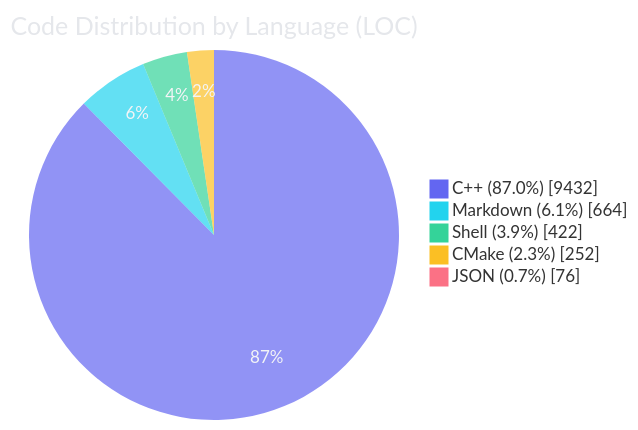
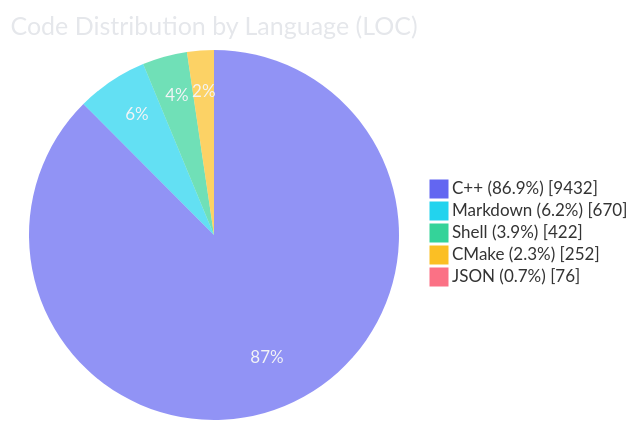
Before and after one commit to sublimit1736/term4k_sub: the diagram in README.md, drawn with Mermaid. The commit also changed other lines of this file and 3 other files, not shown here.

````diff
--- a/README.md
+++ b/README.md
@@ -48,10 +48,10 @@
 ```mermaid
 %%{init: {'theme': 'base', 'themeVariables': {'fontFamily': 'Fira Code, JetBrains Mono, Source Code Pro, Cascadia Code, Menlo, Consolas, monospace', 'pieTitleTextColor': '#e5e7eb', 'pieSectionTextColor': '#f3f4f6', 'pieOuterStrokeColor': 'transparent', 'pieOuterStrokeWidth': '0px', 'pieStrokeColor': 'transparent', 'pieStrokeWidth': '0px', 'pie1': '#6366f1', 'pie2': '#22d3ee', 'pie3': '#34d399', 'pie4': '#fbbf24', 'pie5': '#fb7185', 'pie6': '#a78bfa'}}}%%
 pie showData
     title Code Distribution by Language (LOC)
-    "C++ (87.0%)" : 9432
-    "Markdown (6.1%)" : 664
+    "C++ (86.9%)" : 9432
+    "Markdown (6.2%)" : 670
     "Shell (3.9%)" : 422
     "CMake (2.3%)" : 252
     "JSON (0.7%)" : 76
 ```
````
